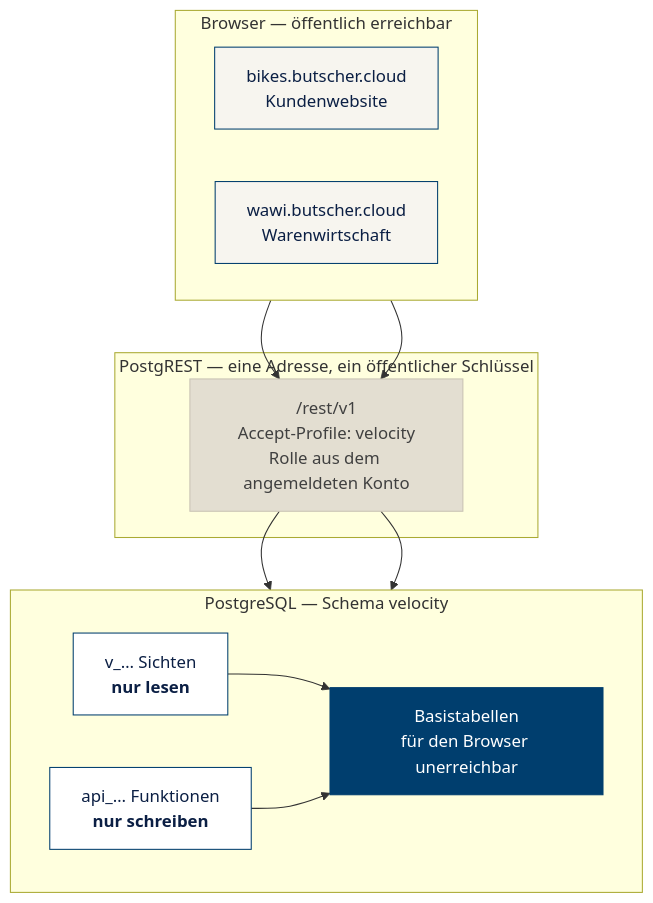
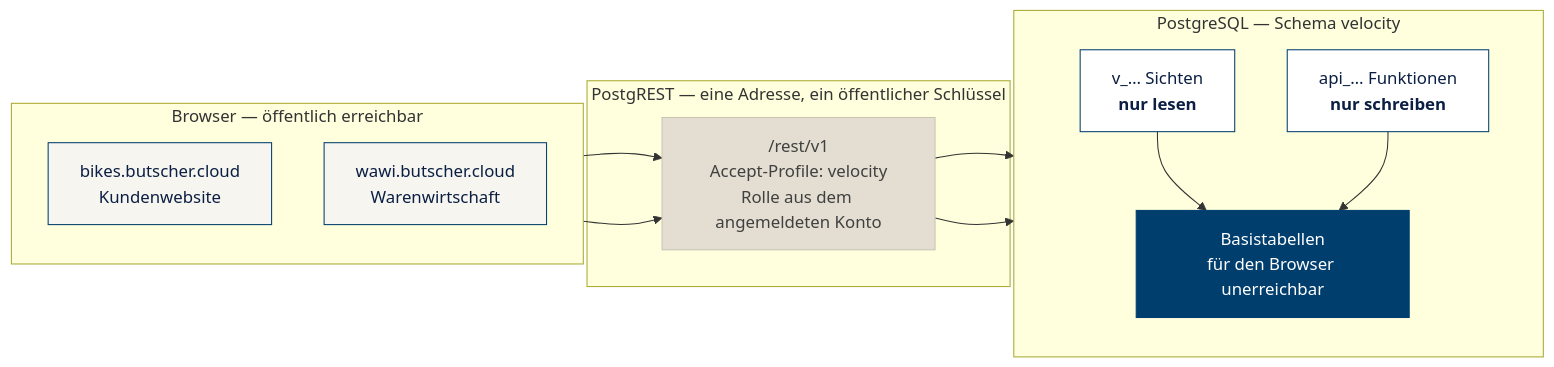
One commit to swrobuts/velocity-fallstudie changed the diagram in doku/datenmodell/erd/web-architektur.mmd. Above: the diagram before and after it, drawn with Mermaid. The commit also changed 7 other files, not shown here.

```diff
--- a/doku/datenmodell/erd/web-architektur.mmd
+++ b/doku/datenmodell/erd/web-architektur.mmd
@@ -1,35 +1,35 @@
 %% Der Weg einer Anfrage. Zwei Anwendungen, eine Schnittstelle, eine
 %% Datenbank - und dieselbe Regel für beide.
-flowchart TB
+flowchart LR
     subgraph BR["Browser — öffentlich erreichbar"]
-        direction LR
+        direction TB
         SITE["bikes.butscher.cloud<br/>Kundenwebsite"]
         WAWI["wawi.butscher.cloud<br/>Warenwirtschaft"]
     end
 
     subgraph API["PostgREST — eine Adresse, ein öffentlicher Schlüssel"]
         REST["/rest/v1<br/>Accept-Profile: velocity<br/>Rolle aus dem angemeldeten Konto"]
     end
 
     subgraph DB["PostgreSQL — Schema velocity"]
-        direction LR
+        direction TB
         SICHT["v_… Sichten<br/><b>nur lesen</b>"]
         FUNK["api_… Funktionen<br/><b>nur schreiben</b>"]
         TAB["Basistabellen<br/>für den Browser unerreichbar"]
     end
 
     SITE --> REST
     WAWI --> REST
     REST --> SICHT
     REST --> FUNK
     SICHT --> TAB
     FUNK --> TAB
 
     classDef br  fill:#F7F5EF,stroke:#003E6E,color:#0B1F44
     classDef api fill:#E3DED1,stroke:#C9C3B4,color:#404040
     classDef db  fill:#FFFFFF,stroke:#003E6E,color:#0B1F44
     classDef zu  fill:#003E6E,stroke:#003E6E,color:#FFFFFF
     class SITE,WAWI br
     class REST api
     class SICHT,FUNK db
     class TAB zu
```
